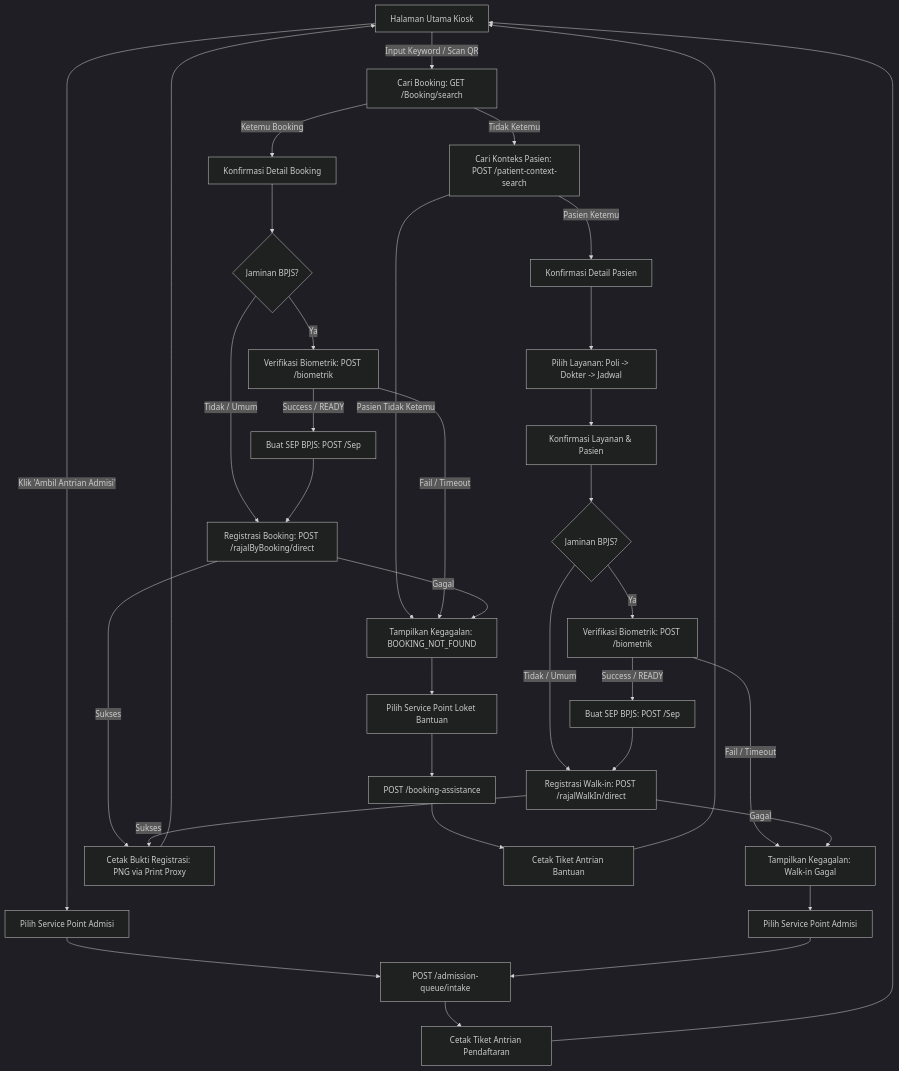
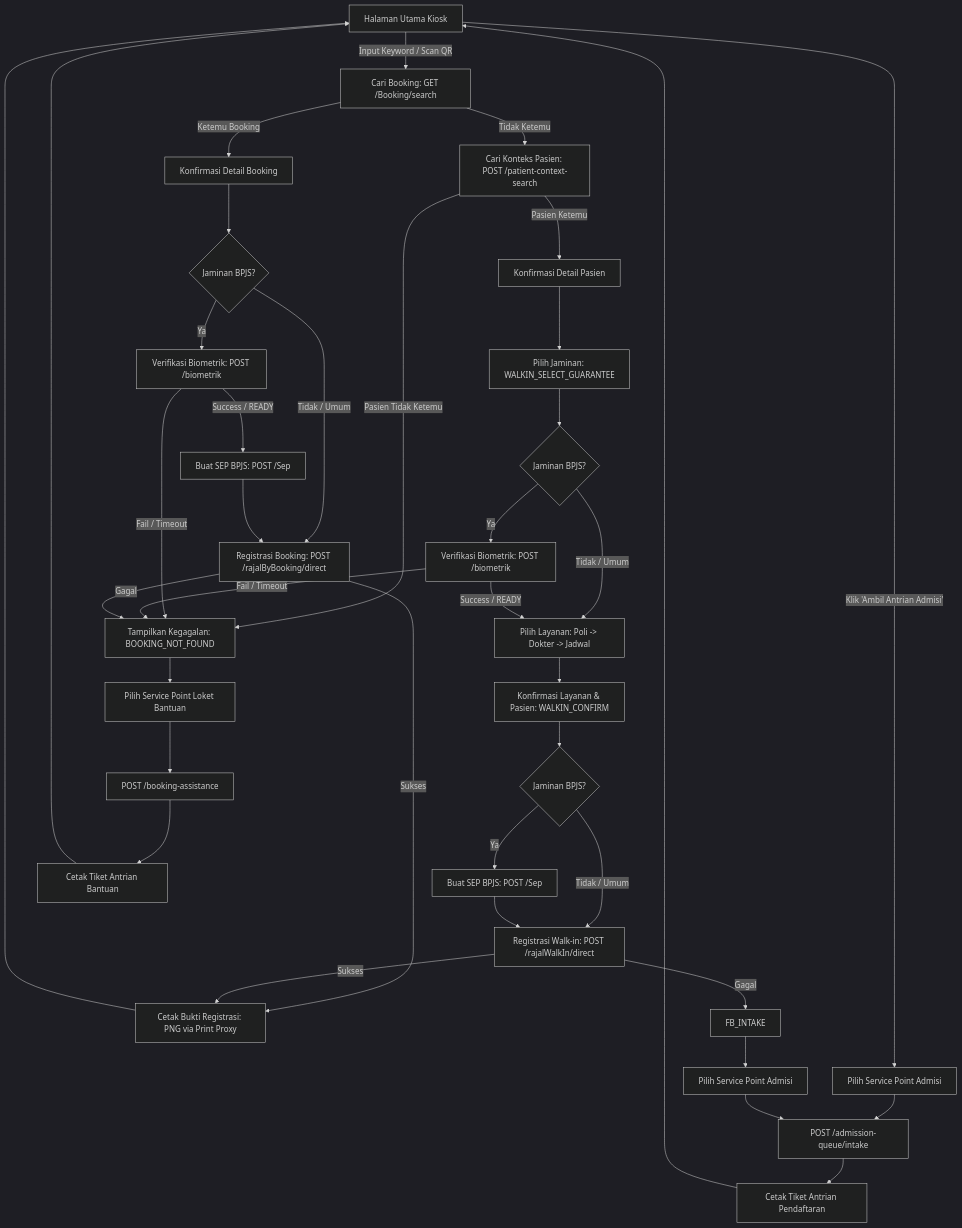
The second of 6 diagrams in docs/architecture/2026-08-03-kiosk-self-registration.md (smart-ics/c013-kiosk-queue-display-web), drawn with Mermaid (dark theme) before and after one commit. The commit also changed other lines of this file and 10 other files, not shown here.

First line of the commit message:
feat(kiosk-web): implement BPJS rujukan/skdp selection flow and deep patient search (#10)

````diff
--- a/docs/architecture/2026-08-03-kiosk-self-registration.md
+++ b/docs/architecture/2026-08-03-kiosk-self-registration.md
@@ -55,54 +63,58 @@
 ```mermaid
 graph TD
     HOME["Halaman Utama Kiosk"] -->|Input Keyword / Scan QR| SEARCH_BOOK["Cari Booking: GET /Booking/search"]
     HOME -->|Klik 'Ambil Antrian Admisi'| INTAKE_DIRECT["Pilih Service Point Admisi"]
     
     %% Booking Search Cascade
     SEARCH_BOOK -->|Ketemu Booking| BOOK_CONF["Konfirmasi Detail Booking"]
     SEARCH_BOOK -->|Tidak Ketemu| SEARCH_PATIENT["Cari Konteks Pasien: POST /patient-context-search"]
     
     %% Patient Context / Walk-in Flow
     SEARCH_PATIENT -->|Pasien Ketemu| PATIENT_CONF["Konfirmasi Detail Pasien"]
     SEARCH_PATIENT -->|Pasien Tidak Ketemu| FB_ASSIST["Tampilkan Kegagalan: BOOKING_NOT_FOUND"]
     
-    PATIENT_CONF --> SELECT_SERVICE["Pilih Layanan: Poli -> Dokter -> Jadwal"]
-    SELECT_SERVICE --> GS_CONF["Konfirmasi Layanan & Pasien"]
+    PATIENT_CONF --> SELECT_GUARANTEE["Pilih Jaminan: WALKIN_SELECT_GUARANTEE"]
+    SELECT_GUARANTEE --> BPJS_CHECK_GS{Jaminan BPJS?}
     
     %% Eligibility & Biometric Branch (Same for Booking and Walk-in)
     BOOK_CONF --> BPJS_CHECK_BOOK{Jaminan BPJS?}
-    GS_CONF --> BPJS_CHECK_GS{Jaminan BPJS?}
     
     BPJS_CHECK_BOOK -->|Ya| BIOMETRIC_BOOK["Verifikasi Biometrik: POST /biometrik"]
     BPJS_CHECK_BOOK -->|Tidak / Umum| REG_BOOK["Registrasi Booking: POST /rajalByBooking/direct"]
     
     BPJS_CHECK_GS -->|Ya| BIOMETRIC_GS["Verifikasi Biometrik: POST /biometrik"]
-    BPJS_CHECK_GS -->|Tidak / Umum| REG_GS["Registrasi Walk-in: POST /rajalWalkIn/direct"]
+    BPJS_CHECK_GS -->|Tidak / Umum| SELECT_SERVICE["Pilih Layanan: Poli -> Dokter -> Jadwal"]
     
     BIOMETRIC_BOOK -->|Success / READY| SEP_CREATE_BOOK["Buat SEP BPJS: POST /Sep"]
     BIOMETRIC_BOOK -->|Fail / Timeout| FB_ASSIST
     
-    BIOMETRIC_GS -->|Success / READY| SEP_CREATE_GS["Buat SEP BPJS: POST /Sep"]
-    BIOMETRIC_GS -->|Fail / Timeout| FB_INTAKE["Tampilkan Kegagalan: Walk-in Gagal"]
+    BIOMETRIC_GS -->|Success / READY| SELECT_SERVICE
+    BIOMETRIC_GS -->|Fail / Timeout| FB_ASSIST
     
     SEP_CREATE_BOOK --> REG_BOOK
+    
+    SELECT_SERVICE --> GS_CONF["Konfirmasi Layanan & Pasien: WALKIN_CONFIRM"]
+    GS_CONF --> BPJS_CHECK_GS_POST{Jaminan BPJS?}
+    BPJS_CHECK_GS_POST -->|Ya| SEP_CREATE_GS["Buat SEP BPJS: POST /Sep"]
+    BPJS_CHECK_GS_POST -->|Tidak / Umum| REG_GS["Registrasi Walk-in: POST /rajalWalkIn/direct"]
     SEP_CREATE_GS --> REG_GS
     
     %% Success/Fail Outcomes
     REG_BOOK -->|Sukses| PRINT_SUCCESS["Cetak Bukti Registrasi: PNG via Print Proxy"]
     REG_BOOK -->|Gagal| FB_ASSIST
     
     REG_GS -->|Sukses| PRINT_SUCCESS
     REG_GS -->|Gagal| FB_INTAKE
     
     %% Fallbacks
     FB_ASSIST --> ASSIST_PICK["Pilih Service Point Loket Bantuan"]
     ASSIST_PICK --> ASSIST_API["POST /booking-assistance"]
     ASSIST_API --> PRINT_ASSIST["Cetak Tiket Antrian Bantuan"] --> HOME
     
     INTAKE_DIRECT --> INTAKE_API
     FB_INTAKE --> INTAKE_PICK["Pilih Service Point Admisi"]
     INTAKE_PICK --> INTAKE_API["POST /admission-queue/intake"]
     INTAKE_API --> PRINT_INTAKE["Cetak Tiket Antrian Pendaftaran"] --> HOME
     
     PRINT_SUCCESS --> HOME
 ```
````
